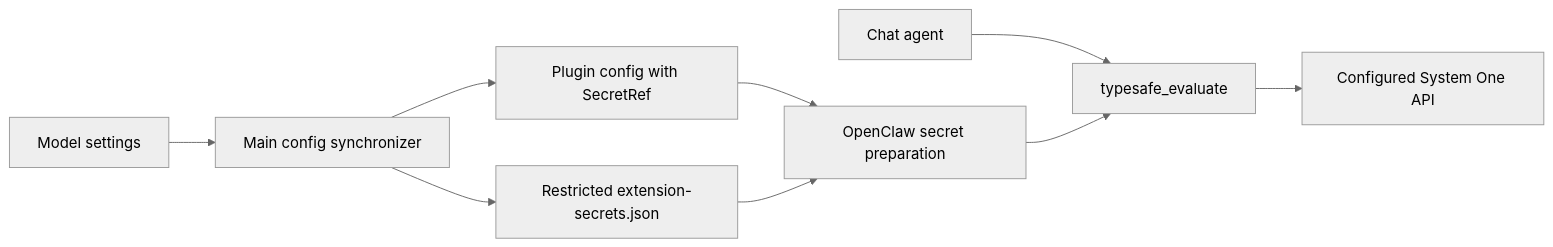
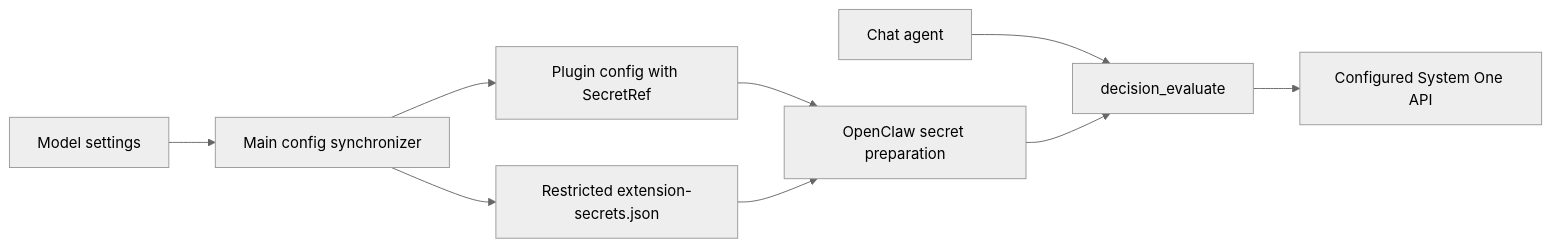
Before and after one commit to liangxhao/JustDo: the diagram in docs/features/jev-integration.md, drawn with Mermaid (neutral theme). The commit also changed other lines of this file and 243 other files, not shown here.

````diff
--- a/docs/features/jev-integration.md
+++ b/docs/features/jev-integration.md
@@ -51,11 +52,11 @@
 ```mermaid
 flowchart LR
   UI[Model settings] --> Main[Main config synchronizer]
   Main --> Secret[Restricted extension-secrets.json]
   Main --> Config[Plugin config with SecretRef]
   Config --> Gateway[OpenClaw secret preparation]
   Secret --> Gateway
-  Chat[Chat agent] --> Tool[typesafe_evaluate]
+  Chat[Chat agent] --> Tool[decision_evaluate]
   Gateway --> Tool
   Tool --> API[Configured System One API]
 ```
````
